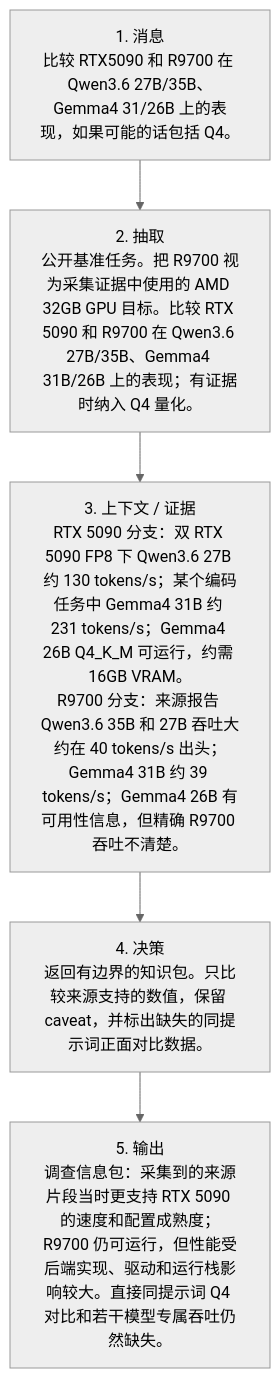
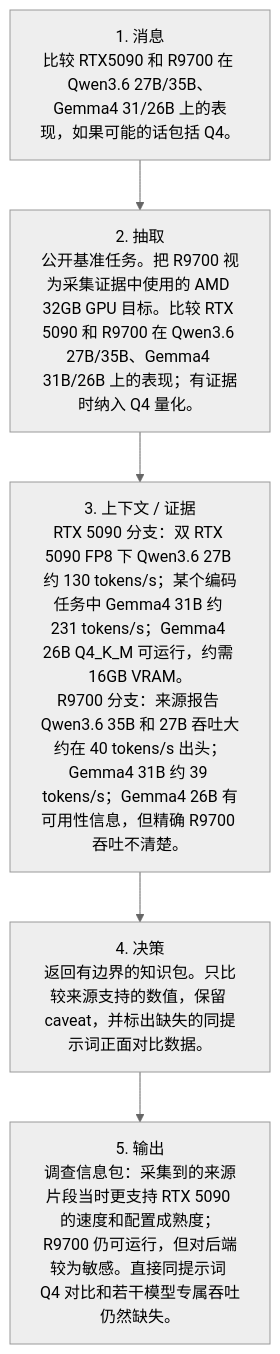
The fifth of 6 diagrams in README_CN.md (eamars/KazusaAIChatbot), drawn with Mermaid (neutral theme) before and after one commit. The commit also changed other lines of this file and 11 other files, not shown here.

````diff
--- a/README_CN.md
+++ b/README_CN.md
@@ -509,10 +508,10 @@
 ```mermaid
 flowchart TD
     A["1. 消息<br/>比较 RTX5090 和 R9700 在 Qwen3.6 27B/35B、Gemma4 31/26B 上的表现，如果可能的话包括 Q4。"]
     B["2. 抽取<br/>公开基准任务。把 R9700 视为采集证据中使用的 AMD 32GB GPU 目标。比较 RTX 5090 和 R9700 在 Qwen3.6 27B/35B、Gemma4 31B/26B 上的表现；有证据时纳入 Q4 量化。"]
     C["3. 上下文 / 证据<br/>RTX 5090 分支：双 RTX 5090 FP8 下 Qwen3.6 27B 约 130 tokens/s；某个编码任务中 Gemma4 31B 约 231 tokens/s；Gemma4 26B Q4_K_M 可运行，约需 16GB VRAM。<br/>R9700 分支：来源报告 Qwen3.6 35B 和 27B 吞吐大约在 40 tokens/s 出头；Gemma4 31B 约 39 tokens/s；Gemma4 26B 有可用性信息，但精确 R9700 吞吐不清楚。"]
     D["4. 决策<br/>返回有边界的知识包。只比较来源支持的数值，保留 caveat，并标出缺失的同提示词正面对比数据。"]
-    E["5. 输出<br/>调查信息包：采集到的来源片段当时更支持 RTX 5090 的速度和配置成熟度；R9700 仍可运行，但性能受后端实现、驱动和运行栈影响较大。直接同提示词 Q4 对比和若干模型专属吞吐仍然缺失。"]
+    E["5. 输出<br/>调查信息包：采集到的来源片段当时更支持 RTX 5090 的速度和配置成熟度；R9700 仍可运行，但对后端较为敏感。直接同提示词 Q4 对比和若干模型专属吞吐仍然缺失。"]
 
     A --> B --> C --> D --> E
 ```
````
